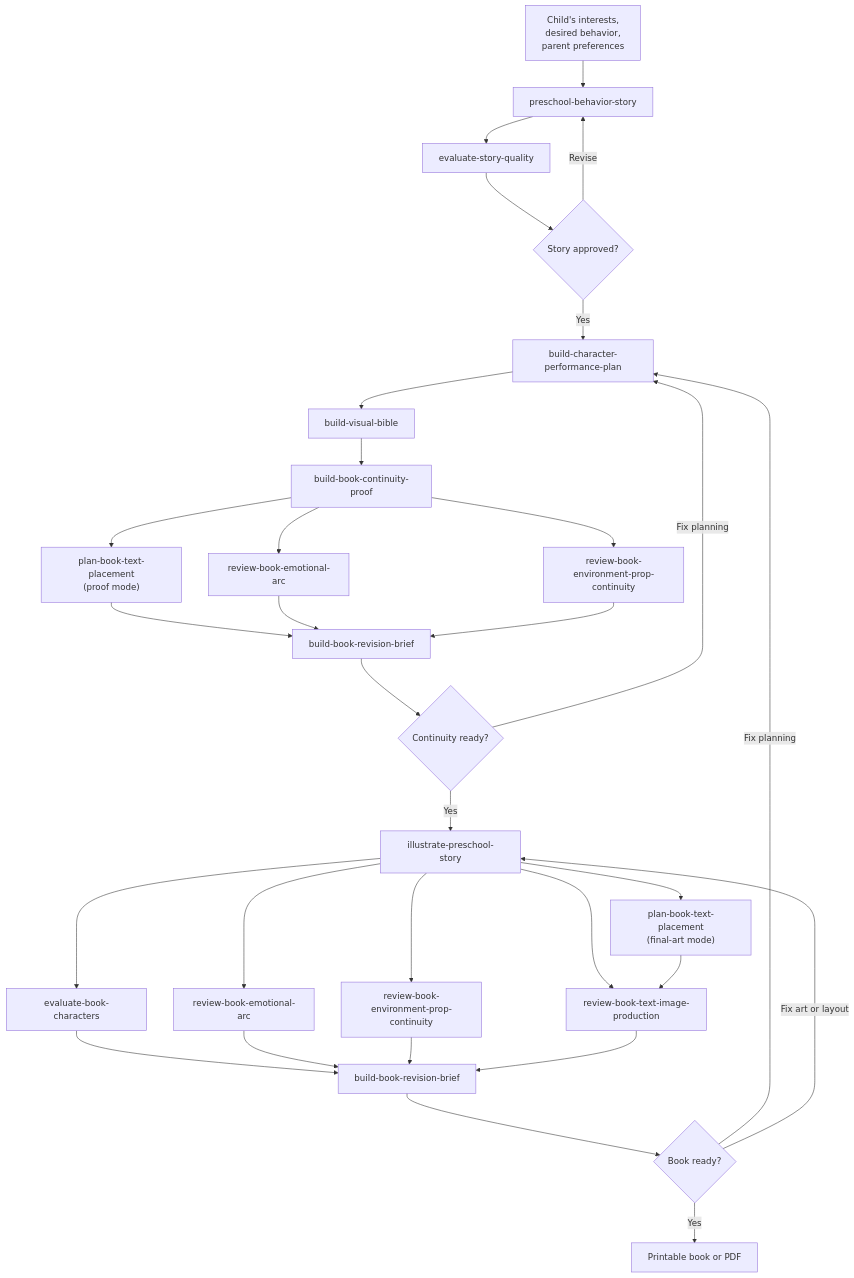
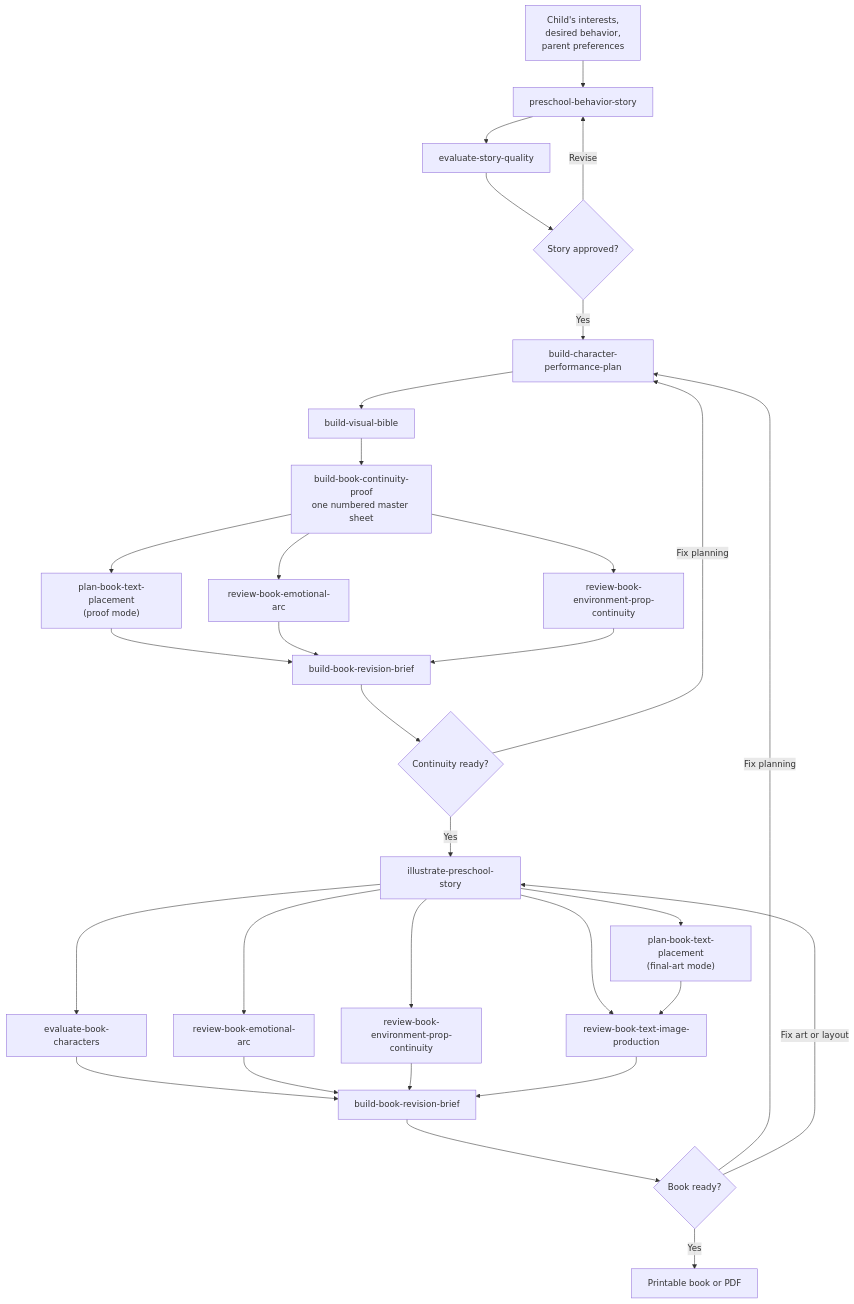
Before and after one commit to bhadrip/kids-book-gen: the diagram in .agents/skills/README.md, drawn with Mermaid. The commit also changed 18 other files, not shown here.

Commit message:
feat: use one numbered continuity contact sheet

````diff
--- a/.agents/skills/README.md
+++ b/.agents/skills/README.md
@@ -7,39 +7,39 @@
 ```mermaid
 flowchart TB
     Idea["Child's interests,<br/>desired behavior,<br/>parent preferences"]
 
     Idea --> Story["preschool-behavior-story"]
     Story --> StoryReview["evaluate-story-quality"]
     StoryReview --> StoryGate{"Story approved?"}
     StoryGate -->|Revise| Story
     StoryGate -->|Yes| Performance["build-character-performance-plan"]
 
     Performance --> Bible["build-visual-bible"]
-    Bible --> Proof["build-book-continuity-proof"]
+    Bible --> Proof["build-book-continuity-proof<br/>one numbered master sheet"]
 
     Proof --> Placement["plan-book-text-placement<br/>(proof mode)"]
     Proof --> ProofEmotion["review-book-emotional-arc"]
     Proof --> ProofProps["review-book-environment-prop-continuity"]
     Placement --> ProofBrief["build-book-revision-brief"]
     ProofEmotion --> ProofBrief["build-book-revision-brief"]
     ProofProps --> ProofBrief
     ProofBrief --> ContinuityGate{"Continuity ready?"}
     ContinuityGate -->|Fix planning| Performance
     ContinuityGate -->|Yes| Illustrate["illustrate-preschool-story"]
 
     Illustrate --> FinalPlacement["plan-book-text-placement<br/>(final-art mode)"]
     Illustrate --> CharacterReview["evaluate-book-characters"]
     Illustrate --> FinalEmotion["review-book-emotional-arc"]
     Illustrate --> FinalProps["review-book-environment-prop-continuity"]
     Illustrate --> ProductionReview["review-book-text-image-production"]
 
     CharacterReview --> FinalBrief["build-book-revision-brief"]
     FinalEmotion --> FinalBrief
     FinalProps --> FinalBrief
     FinalPlacement --> ProductionReview
     ProductionReview --> FinalBrief
     FinalBrief --> FinalGate{"Book ready?"}
     FinalGate -->|Fix planning| Performance
     FinalGate -->|Fix art or layout| Illustrate
     FinalGate -->|Yes| Book["Printable book or PDF"]
 ```
````
